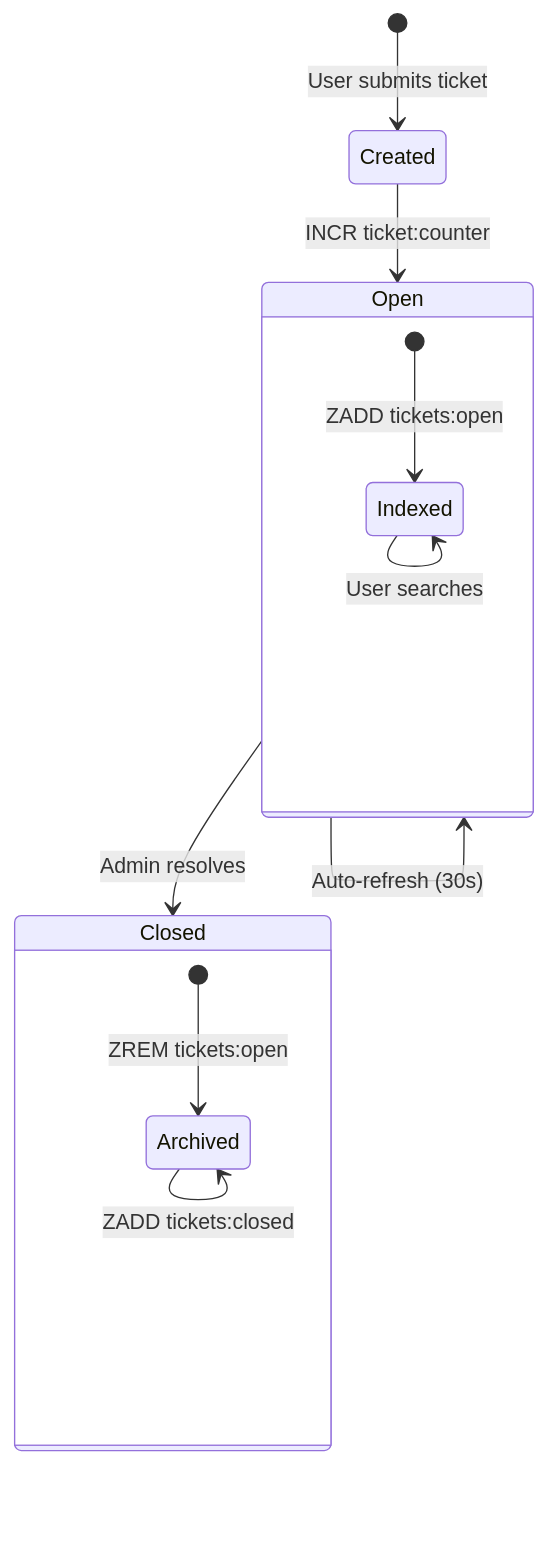
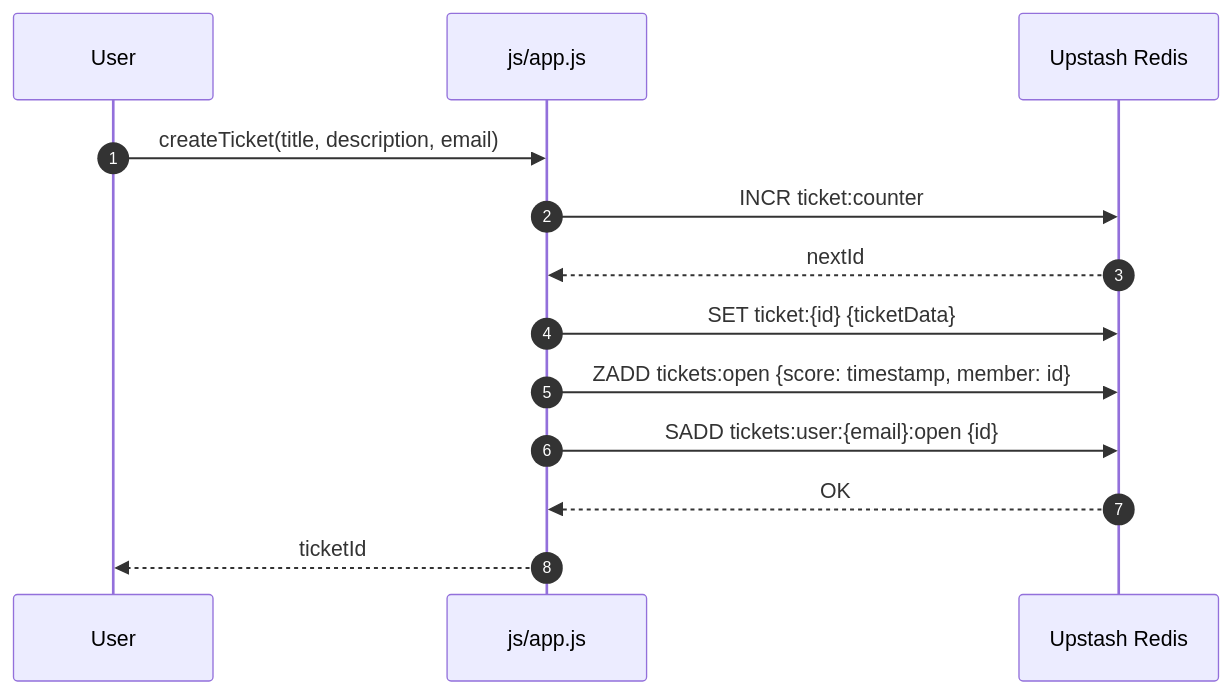
One commit to wisrovi/wticket changed the second of 3 diagrams in README.md. Above: the diagram before and after it, drawn with Mermaid. The commit also changed other lines of this file and 1 other file, not shown here.

Commit message:
fix: use UPSTASH free tier compatible Redis commands and simplify README diagrams

````diff
--- a/README.md
+++ b/README.md
@@ -179,17 +158,16 @@
 ```mermaid
-stateDiagram-v2
-    [*] --> Created: User submits ticket
-    Created --> Open: INCR ticket:counter
-    Open --> Open: Auto-refresh (30s)
-    Open --> Closed: Admin resolves
+sequenceDiagram
+    autonumber
+    participant U as User
+    participant App as js/app.js
+    participant R as Upstash Redis
     
-    state Open {
-        [*] --> Indexed: ZADD tickets:open
-        Indexed --> Indexed: User searches
-    }
-    
-    state Closed {
-        [*] --> Archived: ZREM tickets:open
-        Archived --> Archived: ZADD tickets:closed
-    }
+    U->>App: createTicket(title, description, email)
+    App->>R: INCR ticket:counter
+    R-->>App: nextId
+    App->>R: SET ticket:{id} {ticketData}
+    App->>R: ZADD tickets:open {score: timestamp, member: id}
+    App->>R: SADD tickets:user:{email}:open {id}
+    R-->>App: OK
+    App-->>U: ticketId
 ```
````
